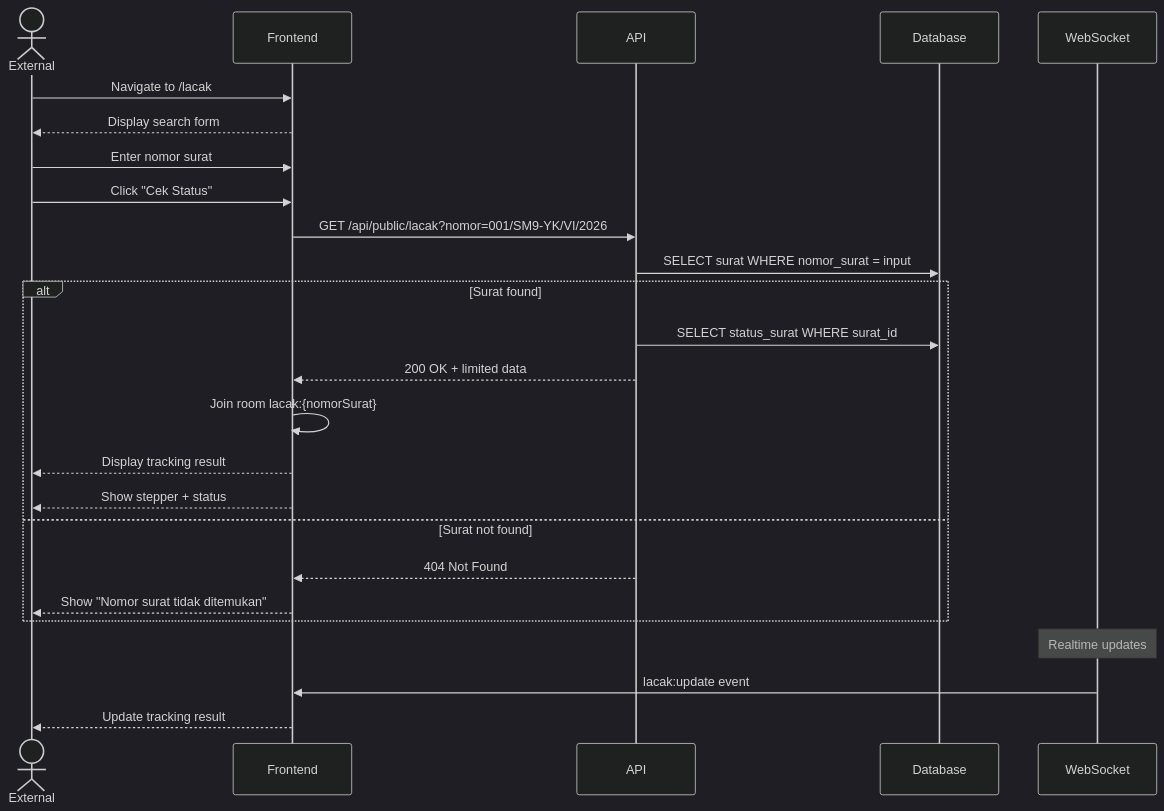
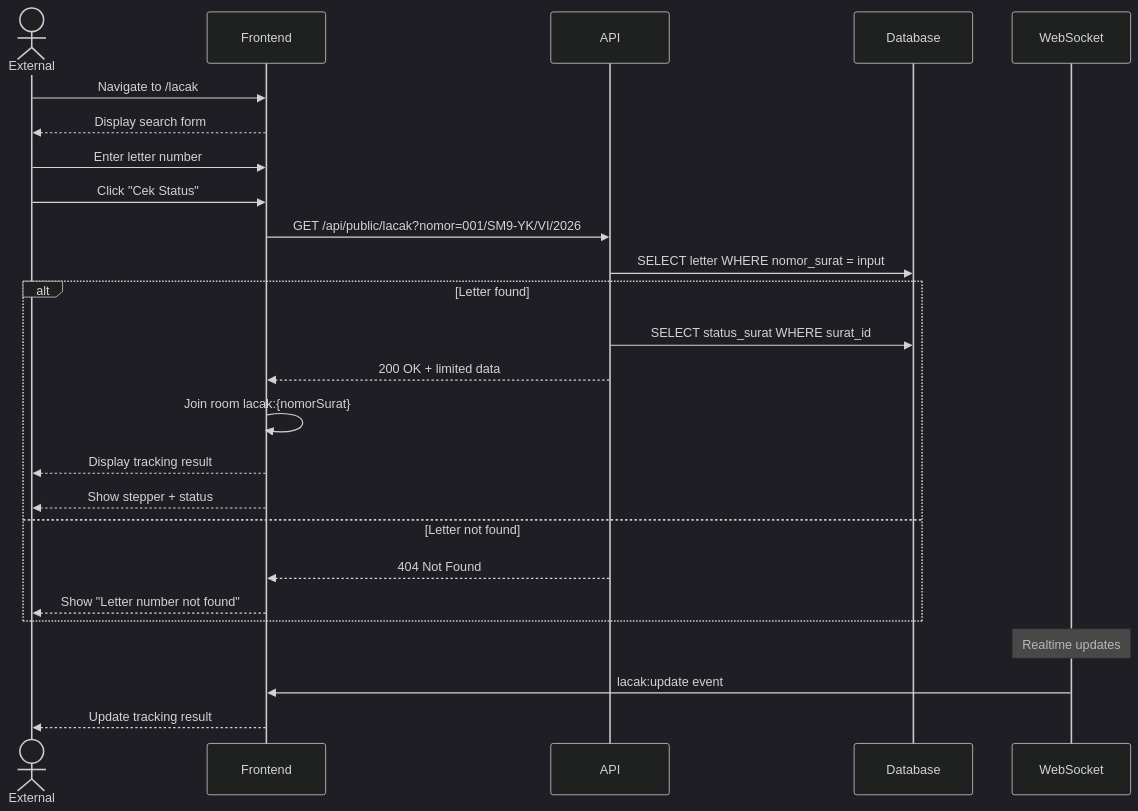
One commit to ATzFauzan1525/Nexus changed the diagram in docs/system_logics/sys_uc_012.md. Above: the diagram before and after it, drawn with Mermaid (dark theme). The commit also changed other lines of this file and 2 other files, not shown here.

````diff
--- a/docs/system_logics/sys_uc_012.md
+++ b/docs/system_logics/sys_uc_012.md
@@ -42,32 +42,32 @@
 ```mermaid
 sequenceDiagram
     actor External
     participant Frontend
     participant API
     participant Database
     participant WebSocket
 
     External->>Frontend: Navigate to /lacak
     Frontend-->>External: Display search form
 
-    External->>Frontend: Enter nomor surat
+    External->>Frontend: Enter letter number
     External->>Frontend: Click "Cek Status"
 
     Frontend->>API: GET /api/public/lacak?nomor=001/SM9-YK/VI/2026
-    API->>Database: SELECT surat WHERE nomor_surat = input
+    API->>Database: SELECT letter WHERE nomor_surat = input
 
-    alt Surat found
+    alt Letter found
         API->>Database: SELECT status_surat WHERE surat_id
         API-->>Frontend: 200 OK + limited data
         Frontend->>Frontend: Join room lacak:{nomorSurat}
         Frontend-->>External: Display tracking result
         Frontend-->>External: Show stepper + status
-    else Surat not found
+    else Letter not found
         API-->>Frontend: 404 Not Found
-        Frontend-->>External: Show "Nomor surat tidak ditemukan"
+        Frontend-->>External: Show "Letter number not found"
     end
 
     Note over WebSocket: Realtime updates
     WebSocket->>Frontend: lacak:update event
     Frontend-->>External: Update tracking result
 ```
````
